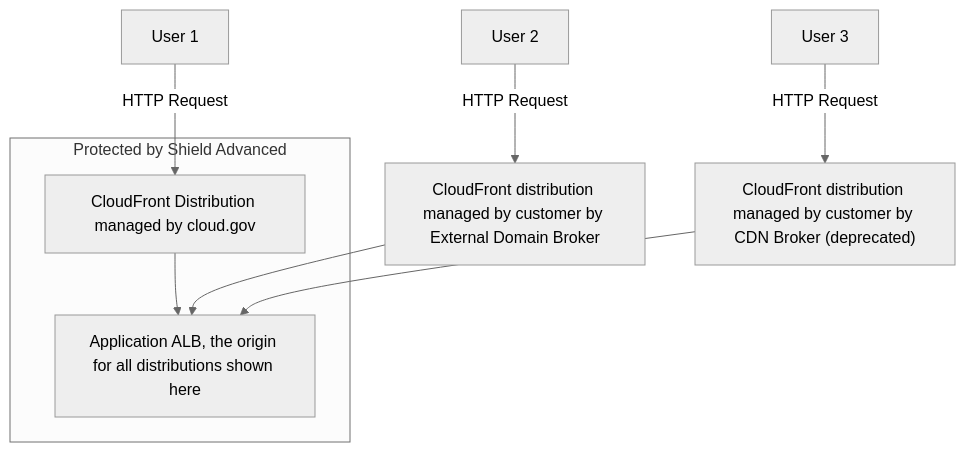
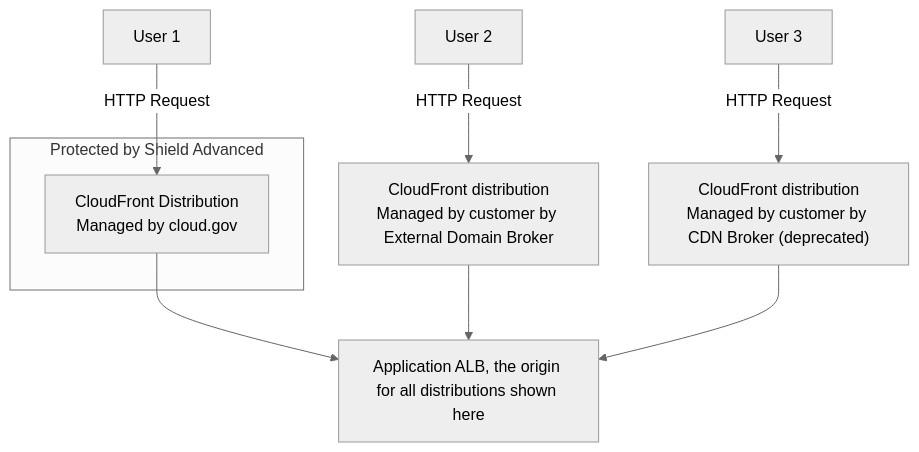
Before and after one commit to cloud-gov/product: the third of 4 diagrams in adr/ADR-0009-shield-advanced.md, drawn with Mermaid (neutral theme).

Commit message:
Iterating on system diagram

````diff
--- a/adr/ADR-0009-shield-advanced.md
+++ b/adr/ADR-0009-shield-advanced.md
@@ -109,15 +109,16 @@
 ```mermaid
 graph TD
     user1[User 1] -->|HTTP Request| platformCDN
     user2[User 2] -->|HTTP Request| brokeredCDN
     user3[User 3] -->|HTTP Request| legacyCDN
 
     subgraph sa["Protected by Shield Advanced"]
-        platformCDN[CloudFront Distribution managed by cloud.gov] --> appALB[App ALB]
+        platformCDN[CloudFront Distribution<p>Managed by cloud.gov</p>]
     end
 
-    brokeredCDN[CloudFront distribution managed by customer by External Domain Broker] --> appALB
-    legacyCDN["CloudFront distribution managed by customer by CDN Broker (deprecated)"] --> appALB
+    platformCDN --> appALB[App ALB]
+    brokeredCDN[CloudFront distribution<p>Managed by customer by External Domain Broker</p>] --> appALB
+    legacyCDN["CloudFront distribution<p>Managed by customer by CDN Broker (deprecated)</p>"] --> appALB
 
     appALB[Application ALB, the origin for all distributions shown here]
 ```
````
